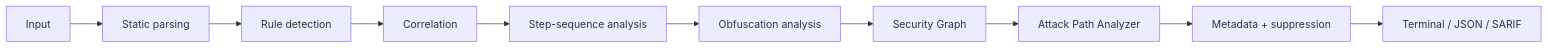
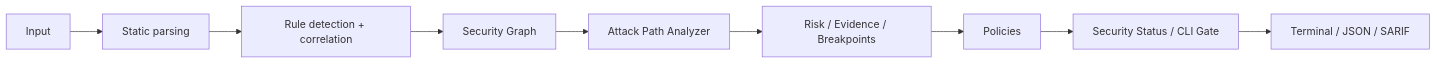
Before and after one commit to Anne117/veyra: the diagram in README.md, drawn with Mermaid. The commit also changed other lines of this file, not shown here.

````diff
--- a/README.md
+++ b/README.md
@@ -54,12 +51,11 @@
 ```mermaid
 flowchart LR
     A[Input] --> B[Static parsing]
-    B --> C[Rule detection]
-    C --> D[Correlation]
-    D --> E[Step-sequence analysis]
-    E --> F[Obfuscation analysis]
-    F --> G[Security Graph]
-    G --> H[Attack Path Analyzer]
-    H --> I[Metadata + suppression]
-    I --> J[Terminal / JSON / SARIF]
+    B --> C[Rule detection + correlation]
+    C --> D[Security Graph]
+    D --> E[Attack Path Analyzer]
+    E --> F[Risk / Evidence / Breakpoints]
+    F --> G[Policies]
+    G --> H[Security Status / CLI Gate]
+    H --> I[Terminal / JSON / SARIF]
 ```
````
